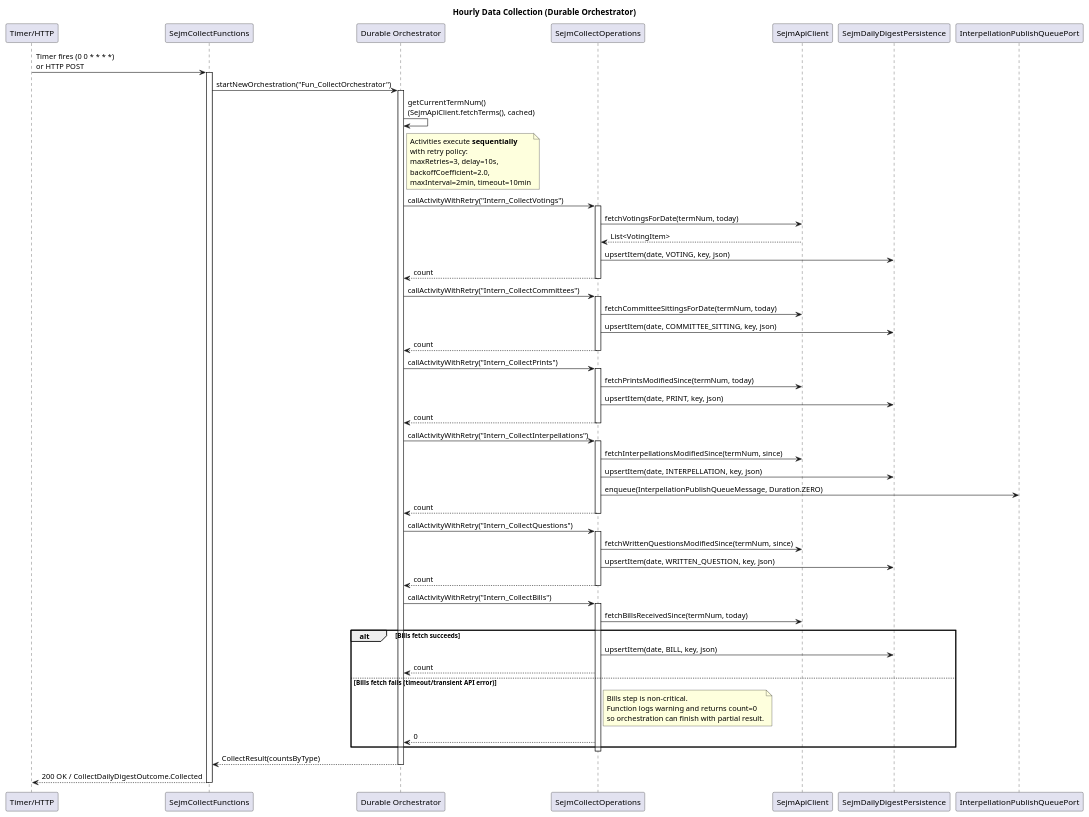
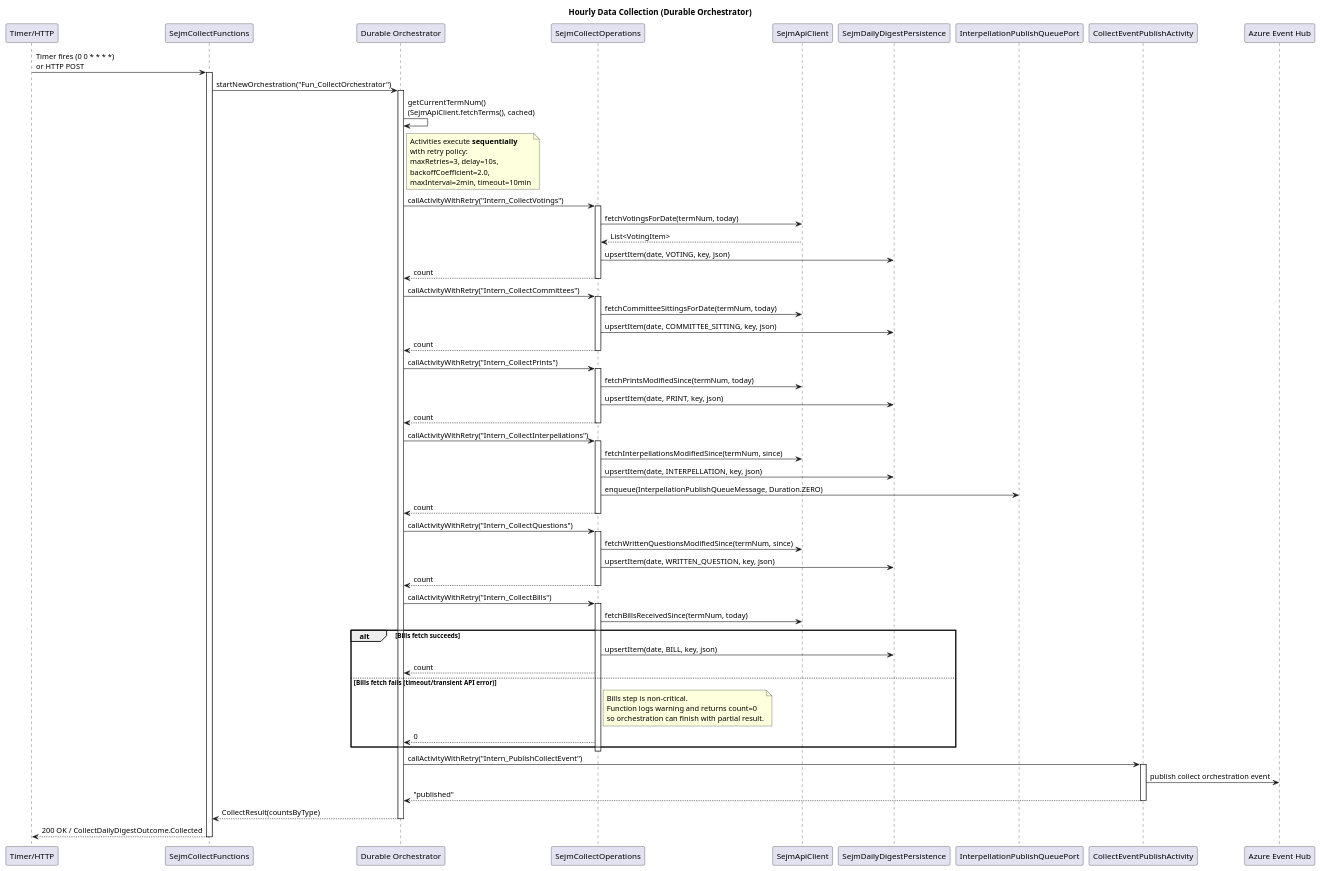
Before and after one commit to onlexnet/sejmstream: the diagram in docs/sequences/seq-collect-daily-digest.puml, drawn with PlantUML. The commit also changed 20 other files, not shown here.

First line of the commit message:
feat: Add CollectOrchestratorEvent and publisher interface for event handling

```diff
--- a/docs/sequences/seq-collect-daily-digest.puml
+++ b/docs/sequences/seq-collect-daily-digest.puml
@@ -1,87 +1,95 @@
 @startuml seq_collect_daily_digest
 title Hourly Data Collection (Durable Orchestrator)
 
 participant "Timer/HTTP" as trigger
 participant "SejmCollectFunctions" as fn
 participant "Durable Orchestrator" as orch
 participant "SejmCollectOperations" as ops
 participant "SejmApiClient" as api
 participant "SejmDailyDigestPersistence" as db
 participant "InterpellationPublishQueuePort" as queue
+participant "CollectEventPublishActivity" as publish_activity
+participant "Azure Event Hub" as event_hub
 
 trigger -> fn: Timer fires (0 0 * * * *)\nor HTTP POST
 activate fn
 
 fn -> orch: startNewOrchestration("Fun_CollectOrchestrator")
 activate orch
 
 orch -> orch: getCurrentTermNum()\n(SejmApiClient.fetchTerms(), cached)
 
 note right of orch
   Activities execute **sequentially**
   with retry policy:
   maxRetries=3, delay=10s,
   backoffCoefficient=2.0,
   maxInterval=2min, timeout=10min
 end note
 
 orch -> ops: callActivityWithRetry("Intern_CollectVotings")
 activate ops
 ops -> api: fetchVotingsForDate(termNum, today)
 api --> ops: List<VotingItem>
 ops -> db: upsertItem(date, VOTING, key, json)
 ops --> orch: count
 deactivate ops
 
 orch -> ops: callActivityWithRetry("Intern_CollectCommittees")
 activate ops
 ops -> api: fetchCommitteeSittingsForDate(termNum, today)
 ops -> db: upsertItem(date, COMMITTEE_SITTING, key, json)
 ops --> orch: count
 deactivate ops
 
 orch -> ops: callActivityWithRetry("Intern_CollectPrints")
 activate ops
 ops -> api: fetchPrintsModifiedSince(termNum, today)
 ops -> db: upsertItem(date, PRINT, key, json)
 ops --> orch: count
 deactivate ops
 
 orch -> ops: callActivityWithRetry("Intern_CollectInterpellations")
 activate ops
 ops -> api: fetchInterpellationsModifiedSince(termNum, since)
 ops -> db: upsertItem(date, INTERPELLATION, key, json)
 ops -> queue: enqueue(InterpellationPublishQueueMessage, Duration.ZERO)
 ops --> orch: count
 deactivate ops
 
 orch -> ops: callActivityWithRetry("Intern_CollectQuestions")
 activate ops
 ops -> api: fetchWrittenQuestionsModifiedSince(termNum, since)
 ops -> db: upsertItem(date, WRITTEN_QUESTION, key, json)
 ops --> orch: count
 deactivate ops
 
 orch -> ops: callActivityWithRetry("Intern_CollectBills")
 activate ops
 ops -> api: fetchBillsReceivedSince(termNum, today)
 alt Bills fetch succeeds
   ops -> db: upsertItem(date, BILL, key, json)
   ops --> orch: count
 else Bills fetch fails (timeout/transient API error)
   note right of ops
     Bills step is non-critical.
     Function logs warning and returns count=0
     so orchestration can finish with partial result.
   end note
   ops --> orch: 0
 end
 deactivate ops
 
+orch -> publish_activity: callActivityWithRetry("Intern_PublishCollectEvent")
+activate publish_activity
+publish_activity -> event_hub: publish collect orchestration event
+publish_activity --> orch: "published"
+deactivate publish_activity
+
 orch --> fn: CollectResult(countsByType)
 deactivate orch
 
 fn --> trigger: 200 OK / CollectDailyDigestOutcome.Collected
 deactivate fn
 
 @enduml
```
